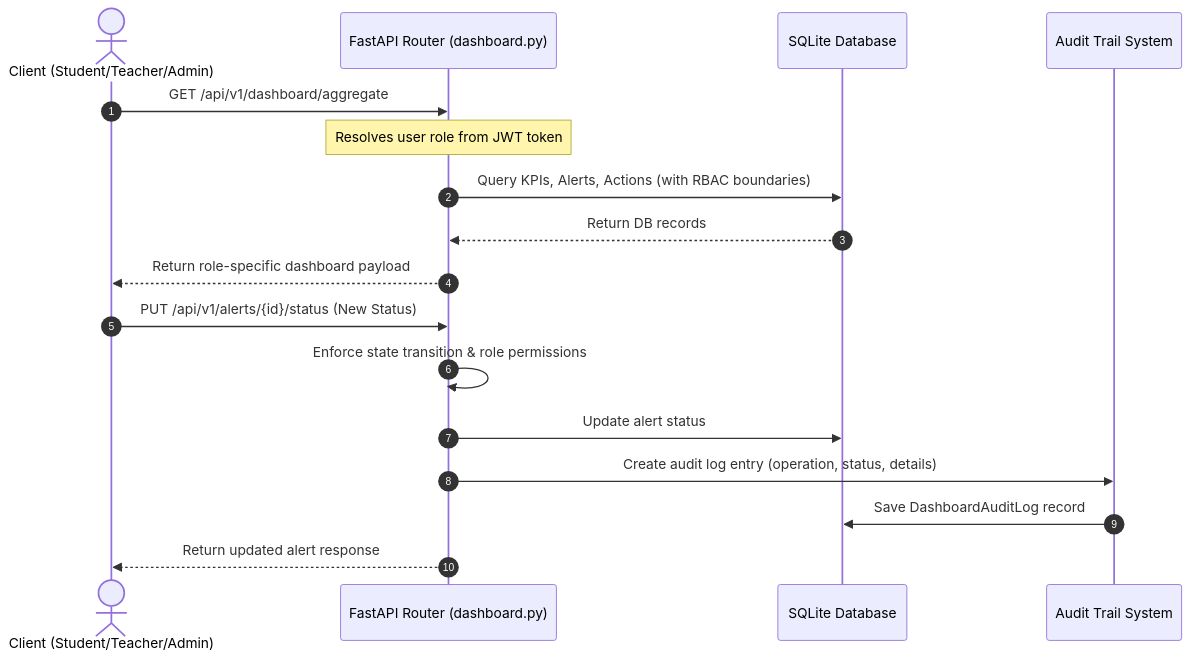
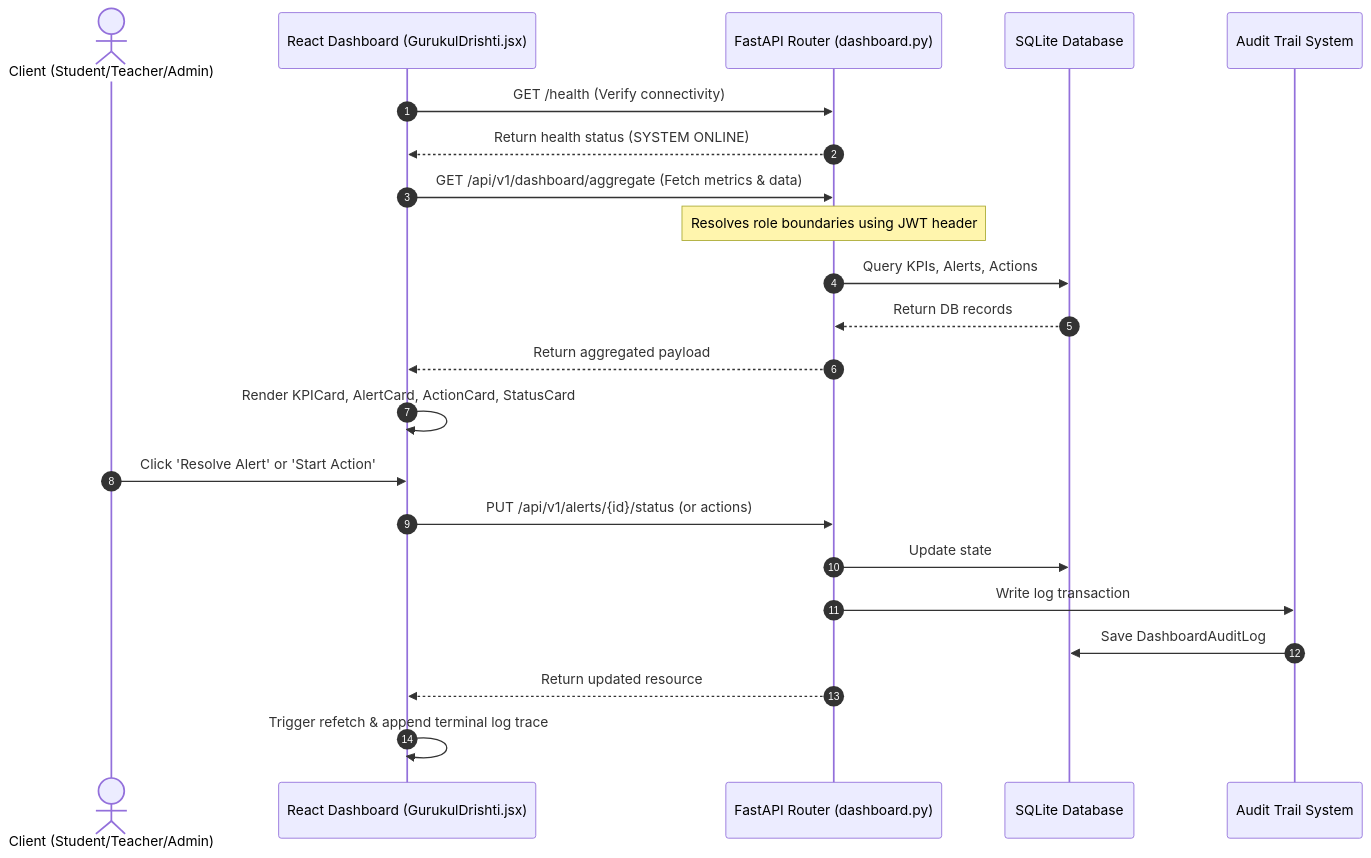
The diagram in REVIEW_PACKET.md (yashikart/gurukul-backend-), drawn with Mermaid before and after one commit. The commit also changed other lines of this file and 6 other files, not shown here.

````diff
--- a/REVIEW_PACKET.md
+++ b/REVIEW_PACKET.md
@@ -20,21 +21,27 @@
 ```mermaid
 sequenceDiagram
     autonumber
     actor User as Client (Student/Teacher/Admin)
+    participant FE as React Dashboard (GurukulDrishti.jsx)
     participant API as FastAPI Router (dashboard.py)
     participant DB as SQLite Database
     participant Audit as Audit Trail System
 
-    User->>API: GET /api/v1/dashboard/aggregate
-    note over API: Resolves user role from JWT token
-    API->>DB: Query KPIs, Alerts, Actions (with RBAC boundaries)
+    FE->>API: GET /health (Verify connectivity)
+    API-->>FE: Return health status (SYSTEM ONLINE)
+    
+    FE->>API: GET /api/v1/dashboard/aggregate (Fetch metrics & data)
+    note over API: Resolves role boundaries using JWT header
+    API->>DB: Query KPIs, Alerts, Actions
     DB-->>API: Return DB records
-    API-->>User: Return role-specific dashboard payload
+    API-->>FE: Return aggregated payload
+    FE->>FE: Render KPICard, AlertCard, ActionCard, StatusCard
 
-    User->>API: PUT /api/v1/alerts/{id}/status (New Status)
-    API->>API: Enforce state transition & role permissions
-    API->>DB: Update alert status
-    API->>Audit: Create audit log entry (operation, status, details)
-    Audit->>DB: Save DashboardAuditLog record
-    API-->>User: Return updated alert response
+    User->>FE: Click 'Resolve Alert' or 'Start Action'
+    FE->>API: PUT /api/v1/alerts/{id}/status (or actions)
+    API->>DB: Update state
+    API->>Audit: Write log transaction
+    Audit->>DB: Save DashboardAuditLog
+    API-->>FE: Return updated resource
+    FE->>FE: Trigger refetch & append terminal log trace
 ```
````
